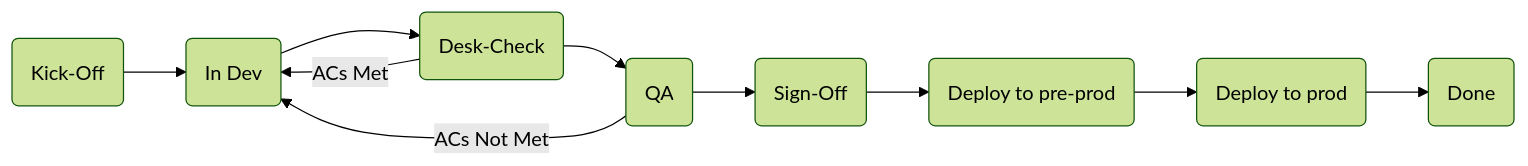
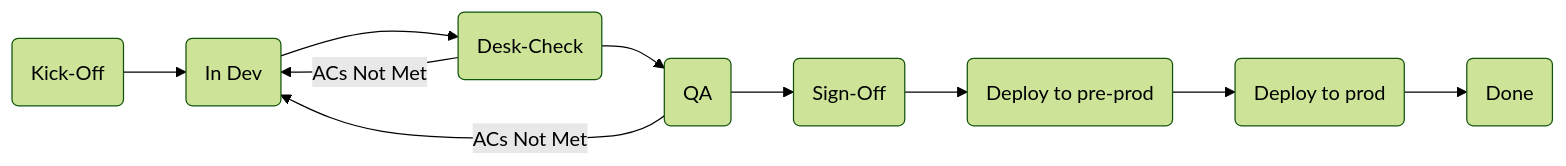
One commit to nhsconnect/document-store-prototype changed the first of 2 diagrams in docs/diagrams/flow/path-to-prod.md. Above: the diagram before and after it, drawn with Mermaid (forest theme).

Commit message:
[PRMT-3143] Correct typo on ACs on path-to-prod diagram

````diff
--- a/docs/diagrams/flow/path-to-prod.md
+++ b/docs/diagrams/flow/path-to-prod.md
@@ -14,12 +14,12 @@
 ```mermaid
 flowchart LR
     kickOff(Kick-Off) --> inDev(In Dev)
     inDev --> deskCheck(Desk-Check)
-    deskCheck -- ACs Met -->  inDev
+    deskCheck -- ACs Not Met -->  inDev
     deskCheck --> qa(QA)
     qa  -- ACs Not Met -->  inDev
     qa --> signOff(Sign-Off)
     signOff --> deployToPreProd(Deploy to pre-prod)
     deployToPreProd --> deployToProd(Deploy to prod)
     deployToProd --> done(Done)
 ```
````
